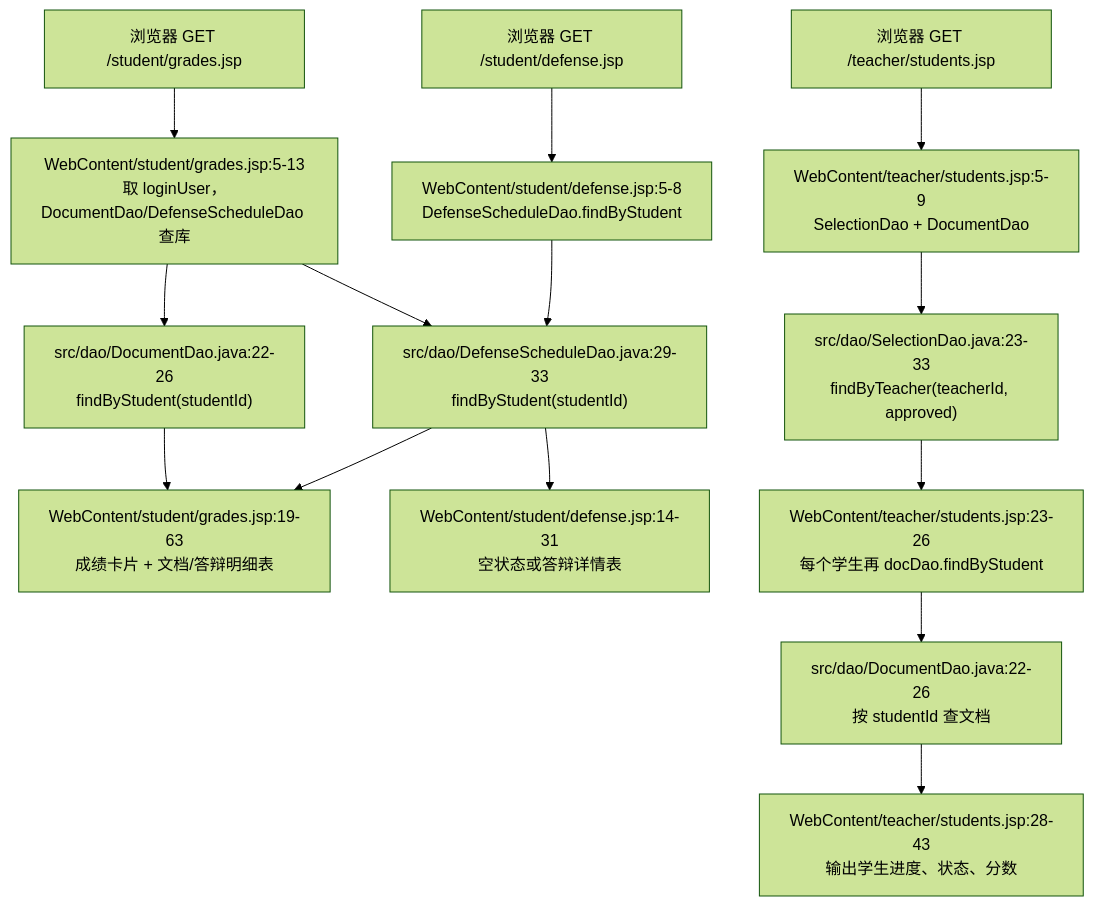
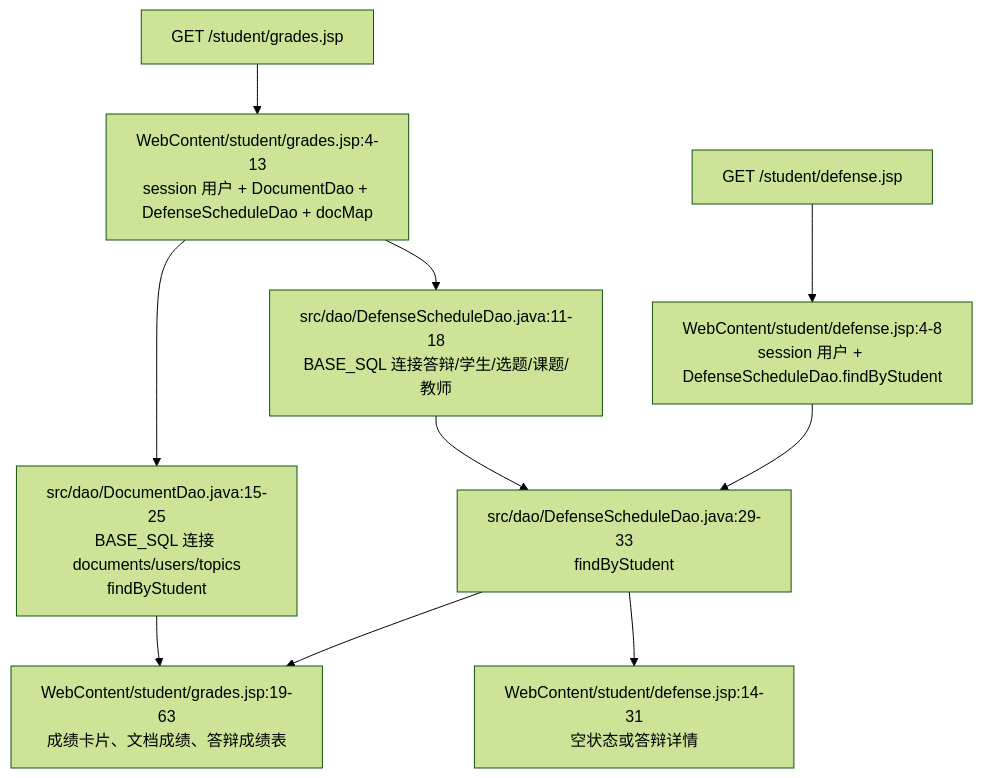
The fifth of 7 diagrams in docs/网络数据流详解/parts/05-message-page-render.md (guangxiangdebizi/graduation-design-management-system), drawn with Mermaid (forest theme) before and after one commit. The commit also changed other lines of this file and 8 other files, not shown here.

First line of the commit message:
refactor project documentation and enhance network data flow details

````diff
--- a/docs/网络数据流详解/parts/05-message-page-render.md
+++ b/docs/网络数据流详解/parts/05-message-page-render.md
@@ -353,24 +265,17 @@
 ```mermaid
 flowchart TD
-    A["浏览器 GET /student/grades.jsp"]
-    B["WebContent/student/grades.jsp:5-13\n取 loginUser，DocumentDao/DefenseScheduleDao 查库"]
-    C["src/dao/DocumentDao.java:22-26\nfindByStudent(studentId)"]
-    D["src/dao/DefenseScheduleDao.java:29-33\nfindByStudent(studentId)"]
-    E["WebContent/student/grades.jsp:19-63\n成绩卡片 + 文档/答辩明细表"]
+    A["GET /student/grades.jsp"]
+    B["WebContent/student/grades.jsp:4-13\nsession 用户 + DocumentDao + DefenseScheduleDao + docMap"]
+    C["src/dao/DocumentDao.java:15-25\nBASE_SQL 连接 documents/users/topics\nfindByStudent"]
+    D["src/dao/DefenseScheduleDao.java:11-18\nBASE_SQL 连接答辩/学生/选题/课题/教师"]
+    E["src/dao/DefenseScheduleDao.java:29-33\nfindByStudent"]
+    F["WebContent/student/grades.jsp:19-63\n成绩卡片、文档成绩、答辩成绩表"]
 
-    F["浏览器 GET /student/defense.jsp"]
-    G["WebContent/student/defense.jsp:5-8\nDefenseScheduleDao.findByStudent"]
-    H["WebContent/student/defense.jsp:14-31\n空状态或答辩详情表"]
+    G["GET /student/defense.jsp"]
+    H["WebContent/student/defense.jsp:4-8\nsession 用户 + DefenseScheduleDao.findByStudent"]
+    I["WebContent/student/defense.jsp:14-31\n空状态或答辩详情"]
 
-    I["浏览器 GET /teacher/students.jsp"]
-    J["WebContent/teacher/students.jsp:5-9\nSelectionDao + DocumentDao"]
-    K["src/dao/SelectionDao.java:23-33\nfindByTeacher(teacherId, approved)"]
-    L["WebContent/teacher/students.jsp:23-26\n每个学生再 docDao.findByStudent"]
-    M["src/dao/DocumentDao.java:22-26\n按 studentId 查文档"]
-    N["WebContent/teacher/students.jsp:28-43\n输出学生进度、状态、分数"]
-
-    A --> B --> C --> E
-    B --> D --> E
-    F --> G --> D --> H
-    I --> J --> K --> L --> M --> N
+    A --> B --> C --> F
+    B --> D --> E --> F
+    G --> H --> E --> I
 ```
````
